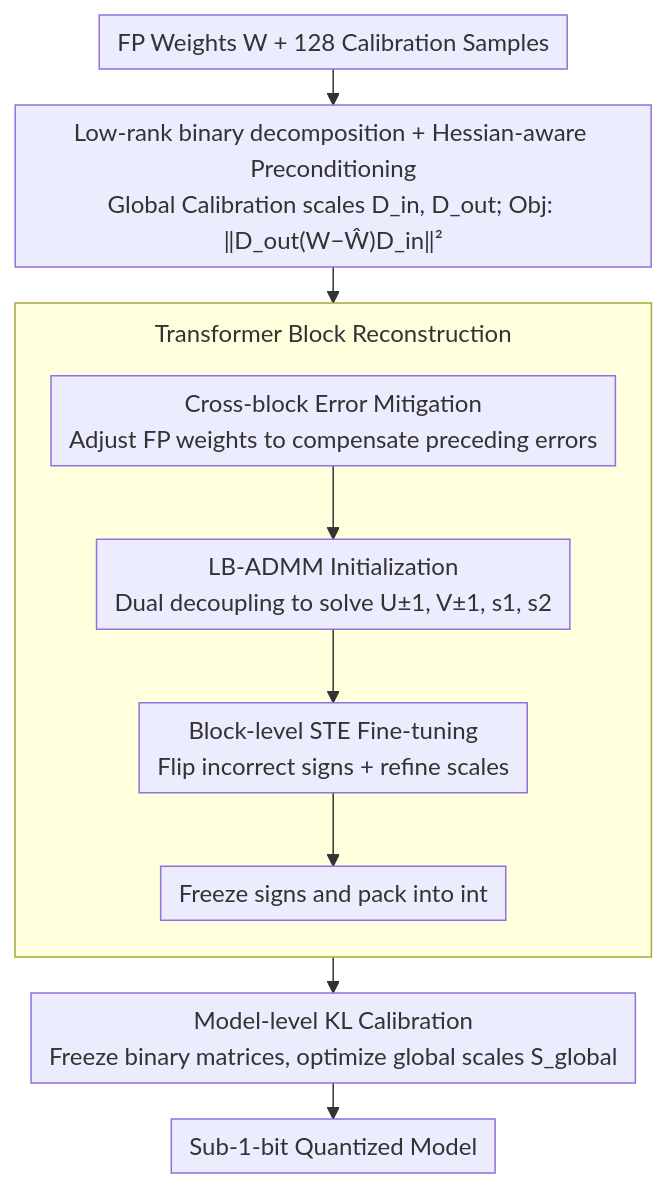
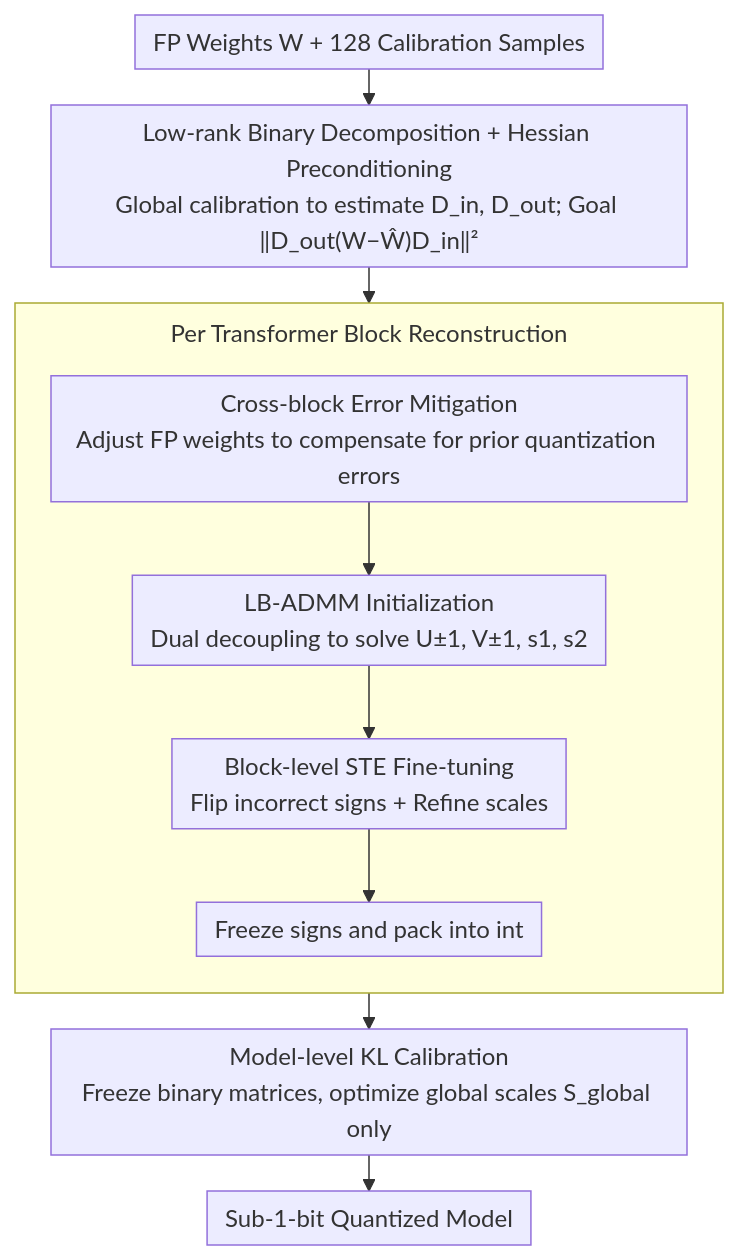
Before and after one commit to zhaoyang97/Paper-Notes-en: the diagram in docs/ICML2026/model_compression/nanoquant_efficient_sub-1-bit_quantization_of_large_language_models.md, drawn with Mermaid. The commit also changed other lines of this file and 5084 other files, not shown here.

````diff
--- a/docs/ICML2026/model_compression/nanoquant_efficient_sub-1-bit_quantization_of_large_language_models.md
+++ b/docs/ICML2026/model_compression/nanoquant_efficient_sub-1-bit_quantization_of_large_language_models.md
@@ -43,14 +43,14 @@
 ```mermaid
 %%{init: {'flowchart': {'rankSpacing': 24, 'nodeSpacing': 28, 'padding': 6, 'wrappingWidth': 400, 'subGraphTitleMargin': {'top': 8, 'bottom': 16}}}}%%
 flowchart TD
-    A["FP Weights W + 128 Calibration Samples"] --> B["Low-rank binary decomposition + Hessian-aware Preconditioning<br/>Global Calibration scales D_in, D_out; Obj: ‖D_out(W−Ŵ)D_in‖²"]
-    subgraph BLK["Transformer Block Reconstruction"]
+    A["FP Weights W + 128 Calibration Samples"] --> B["Low-rank Binary Decomposition + Hessian Preconditioning<br/>Global calibration to estimate D_in, D_out; Goal ‖D_out(W−Ŵ)D_in‖²"]
+    subgraph BLK["Per Transformer Block Reconstruction"]
         direction TB
-        C["Cross-block Error Mitigation<br/>Adjust FP weights to compensate preceding errors"] --> D["LB-ADMM Initialization<br/>Dual decoupling to solve U±1, V±1, s1, s2"]
-        D --> E["Block-level STE Fine-tuning<br/>Flip incorrect signs + refine scales"]
+        C["Cross-block Error Mitigation<br/>Adjust FP weights to compensate for prior quantization errors"] --> D["LB-ADMM Initialization<br/>Dual decoupling to solve U±1, V±1, s1, s2"]
+        D --> E["Block-level STE Fine-tuning<br/>Flip incorrect signs + Refine scales"]
         E --> F["Freeze signs and pack into int"]
     end
     B --> C
-    F --> G["Model-level KL Calibration<br/>Freeze binary matrices, optimize global scales S_global"]
+    F --> G["Model-level KL Calibration<br/>Freeze binary matrices, optimize global scales S_global only"]
     G --> H["Sub-1-bit Quantized Model"]
 ```
````
